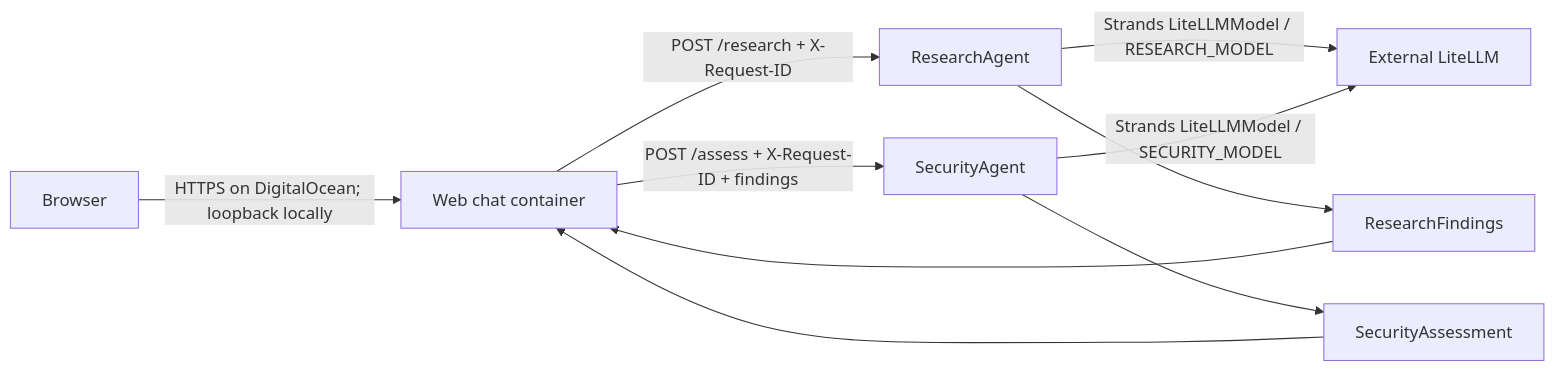
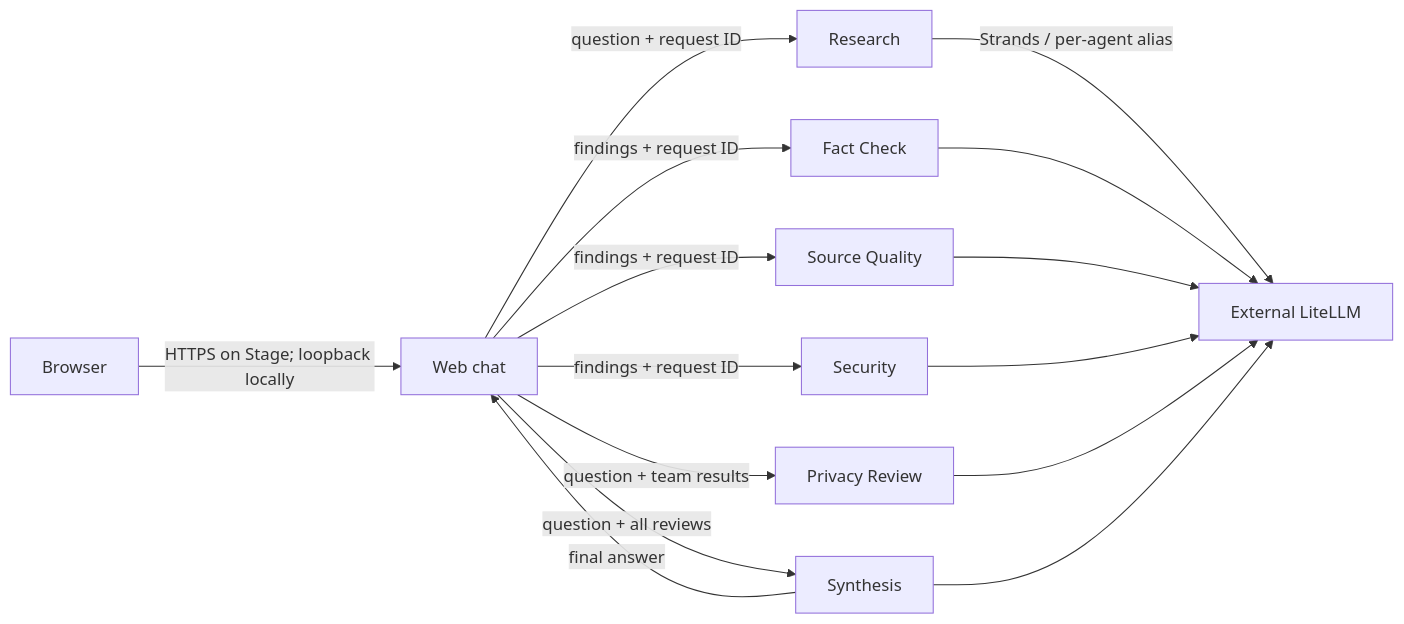
One commit to vchokshi/viharbot changed the diagram in docs/architecture.md. Above: the diagram before and after it, drawn with Mermaid. The commit also changed other lines of this file and 15 other files, not shown here.

````diff
--- a/docs/architecture.md
+++ b/docs/architecture.md
@@ -7,12 +7,17 @@
 ```mermaid
 flowchart LR
-  U[Browser] -->|HTTPS on DigitalOcean; loopback locally| W[Web chat container]
-  W -->|POST /research + X-Request-ID| R[ResearchAgent]
-  W -->|POST /assess + X-Request-ID + findings| S[SecurityAgent]
-  R -->|Strands LiteLLMModel / RESEARCH_MODEL| L[External LiteLLM]
-  S -->|Strands LiteLLMModel / SECURITY_MODEL| L
-  R --> F[ResearchFindings]
-  S --> A[SecurityAssessment]
-  F --> W
-  A --> W
+  U[Browser] -->|HTTPS on Stage; loopback locally| W[Web chat]
+  W -->|question + request ID| R[Research]
+  W -->|findings + request ID| F[Fact Check]
+  W -->|findings + request ID| Q[Source Quality]
+  W -->|findings + request ID| S[Security]
+  W -->|question + team results| P[Privacy Review]
+  W -->|question + all reviews| Y[Synthesis]
+  R -->|Strands / per-agent alias| L[External LiteLLM]
+  F --> L
+  Q --> L
+  S --> L
+  P --> L
+  Y --> L
+  Y -->|final answer| W
 ```
````
